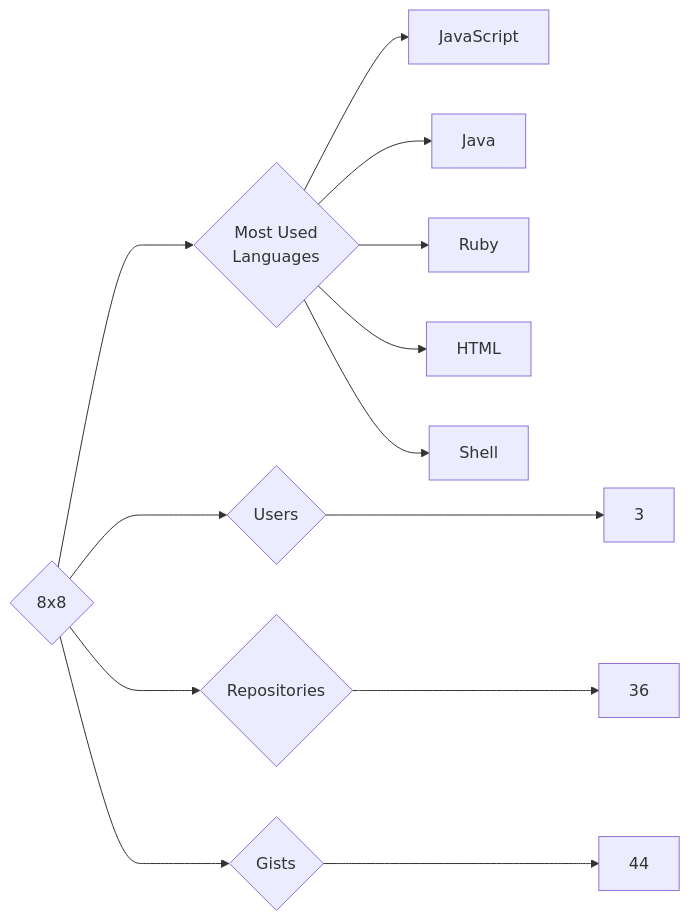
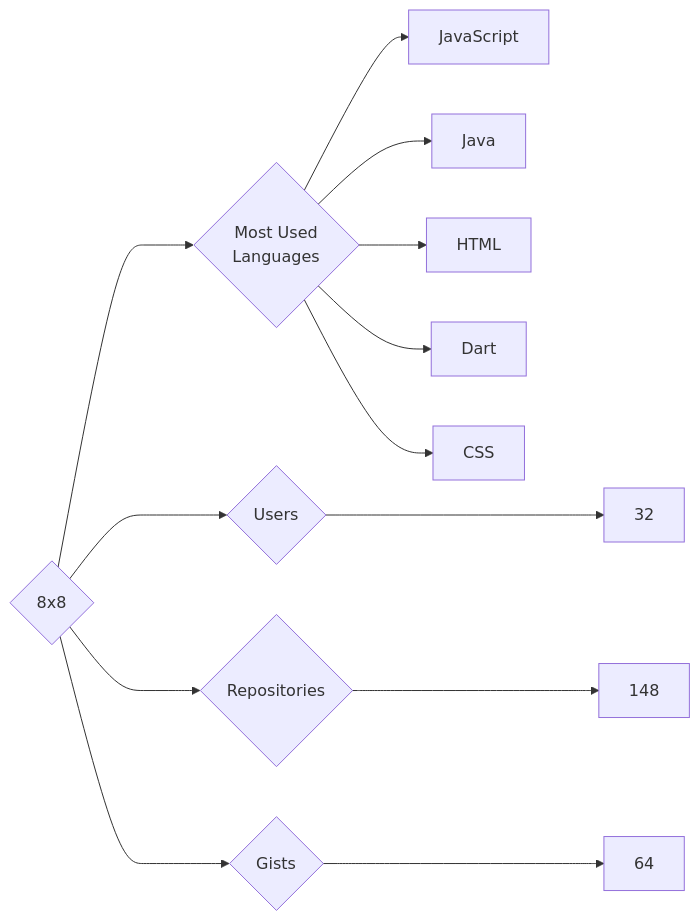
One commit to trickest/insiders changed the diagram in targets/8x8/README.md. Above: the diagram before and after it, drawn with Mermaid. The commit also changed 935 other files, not shown here.

````diff
--- a/targets/8x8/README.md
+++ b/targets/8x8/README.md
@@ -3,13 +3,13 @@
 ```mermaid
 graph LR
 COMPANY_NAME{8x8}
-COMPANY_NAME ---> U{Users} ---> UN[3]
-COMPANY_NAME ---> R{Repositories} ---> RN[36]
-COMPANY_NAME ---> G{Gists} ---> GN[44]
+COMPANY_NAME ---> U{Users} ---> UN[32]
+COMPANY_NAME ---> R{Repositories} ---> RN[148]
+COMPANY_NAME ---> G{Gists} ---> GN[64]
 COMPANY_NAME ---> ML{Most Used<br>Languages}
 ML --> JavaScript[JavaScript]
 ML --> Java[Java]
-ML --> Ruby[Ruby]
 ML --> HTML[HTML]
-ML --> Shell[Shell]
+ML --> Dart[Dart]
+ML --> CSS[CSS]
 ```
````
